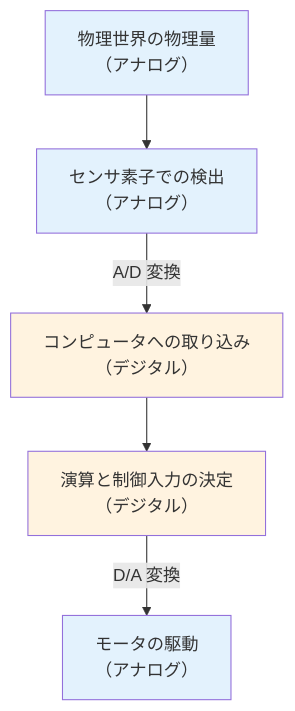
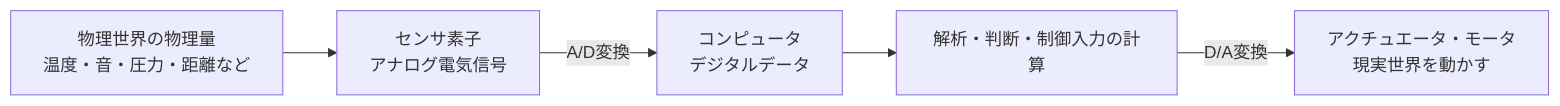
Before and after one commit to fit-ime-cao/keisoku-kogaku: the first of 2 diagrams in docs/weeks/week-06.md, drawn with Mermaid. The commit also changed other lines of this file and 2 other files, not shown here.

````diff
--- a/docs/weeks/week-06.md
+++ b/docs/weeks/week-06.md
@@ -72,12 +89,7 @@
 ```mermaid
-graph TD
-    A["物理世界の物理量<br>（アナログ）"] --> B["センサ素子での検出<br>（アナログ）"]
-    B -->|A/D 変換| C["コンピュータへの取り込み<br>（デジタル）"]
-    C --> D["演算と制御入力の決定<br>（デジタル）"]
-    D -->|D/A 変換| E["モータの駆動<br>（アナログ）"]
-    style A fill:#E3F2FD,color:#333
-    style B fill:#E3F2FD,color:#333
-    style C fill:#FFF3E0,color:#333
-    style D fill:#FFF3E0,color:#333
-    style E fill:#E3F2FD,color:#333
+graph LR
+    A[物理世界の物理量<br>温度・音・圧力・距離など] --> B[センサ素子<br>アナログ電気信号]
+    B -->|A/D変換| C[コンピュータ<br>デジタルデータ]
+    C --> D[解析・判断・制御入力の計算]
+    D -->|D/A変換| E[アクチュエータ・モータ<br>現実世界を動かす]
 ```
````
